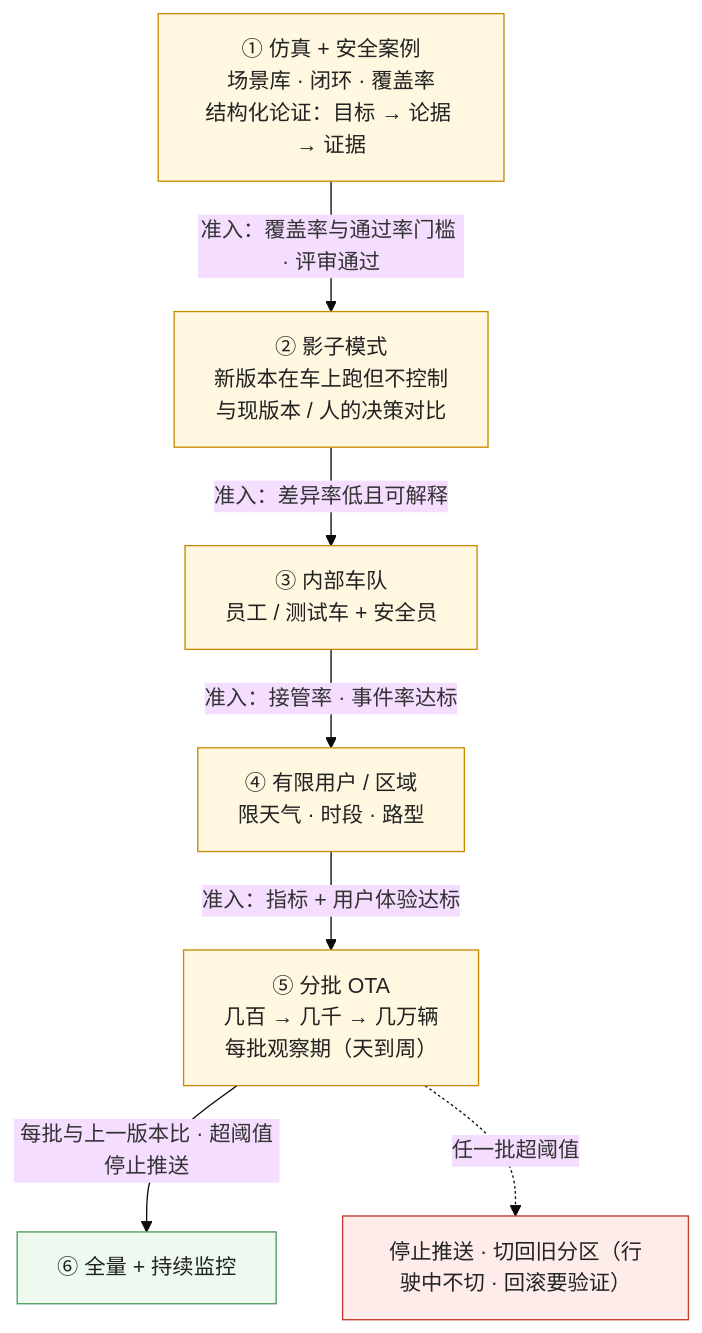
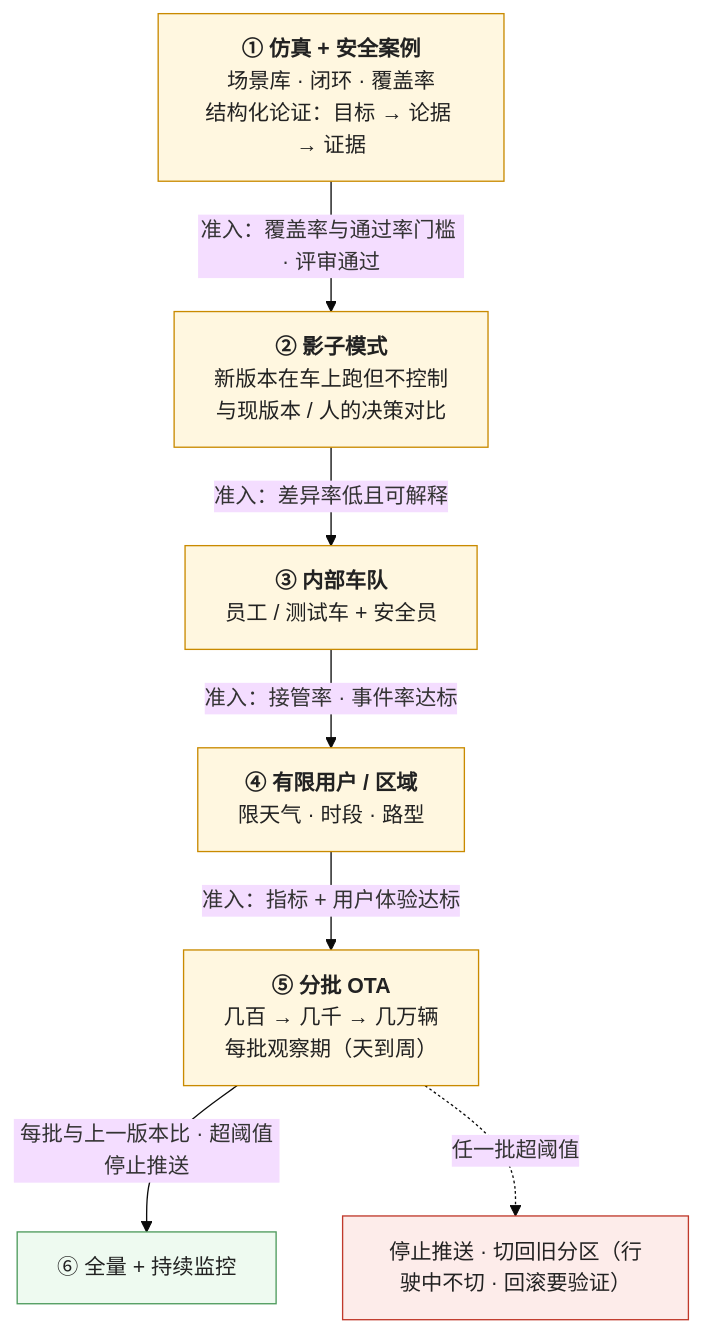
One commit to arganzheng/arganzheng.github.com changed the fifth of 5 diagrams in _posts/2026-11-14-data-flywheel-and-deploying-to-the-physical-world.md. Above: the diagram before and after it, drawn with Mermaid (base theme). The commit also changed other lines of this file and 7 other files, not shown here.

First line of the commit message:
生产化与运营：让 AI 应用可靠、可控、可持续地跑：Mermaid 多行方框的首行标为标题（8 篇）

````diff
--- a/_posts/2026-11-14-data-flywheel-and-deploying-to-the-physical-world.md
+++ b/_posts/2026-11-14-data-flywheel-and-deploying-to-the-physical-world.md
@@ -187,16 +187,16 @@
 ```mermaid
 %% 图：物理世界的分阶段上线路径——每阶段有准入标准、每阶段可停：仿真 + 安全案例（覆盖率与通过率门槛、评审通过）→ 影子模式（决策差异可解释）→ 内部车队 + 安全员（接管率、事件率达标）→ 有限用户 / 区域（限天气、时段、路型）→ 分批 OTA（几百 → 几千 → 几万辆，每批观察期后推下一批，超阈值停）→ 全量；与数字世界的门禁 → 影子 → 灰度 → 全量同一形状，节奏慢两个量级
 flowchart TB
-    S1["① 仿真 + 安全案例<br/>场景库 · 闭环 · 覆盖率<br/>结构化论证：目标 → 论据 → 证据"] -->|"准入：覆盖率与通过率门槛 · 评审通过"| S2["② 影子模式<br/>新版本在车上跑但不控制<br/>与现版本 / 人的决策对比"]
-    S2 -->|"准入：差异率低且可解释"| S3["③ 内部车队<br/>员工 / 测试车 + 安全员"]
-    S3 -->|"准入：接管率 · 事件率达标"| S4["④ 有限用户 / 区域<br/>限天气 · 时段 · 路型"]
-    S4 -->|"准入：指标 + 用户体验达标"| S5["⑤ 分批 OTA<br/>几百 → 几千 → 几万辆<br/>每批观察期（天到周）"]
+    S1["<b>① 仿真 + 安全案例</b><br/>场景库 · 闭环 · 覆盖率<br/>结构化论证：目标 → 论据 → 证据"] -->|"准入：覆盖率与通过率门槛 · 评审通过"| S2["<b>② 影子模式</b><br/>新版本在车上跑但不控制<br/>与现版本 / 人的决策对比"]
+    S2 -->|"准入：差异率低且可解释"| S3["<b>③ 内部车队</b><br/>员工 / 测试车 + 安全员"]
+    S3 -->|"准入：接管率 · 事件率达标"| S4["<b>④ 有限用户 / 区域</b><br/>限天气 · 时段 · 路型"]
+    S4 -->|"准入：指标 + 用户体验达标"| S5["<b>⑤ 分批 OTA</b><br/>几百 → 几千 → 几万辆<br/>每批观察期（天到周）"]
     S5 -->|"每批与上一版本比 · 超阈值停止推送"| S6["⑥ 全量 + 持续监控"]
     S5 -.->|"任一批超阈值"| STOP["停止推送 · 切回旧分区（行驶中不切 · 回滚要验证）"]
     classDef s fill:#fff7e0,stroke:#c98a00,color:#222
     classDef ok fill:#eefaf0,stroke:#4d9a5c,color:#222
     classDef bad fill:#fdecea,stroke:#c0392b,color:#222
     class S1,S2,S3,S4,S5 s
     class S6 ok
     class STOP bad
 ```
````
